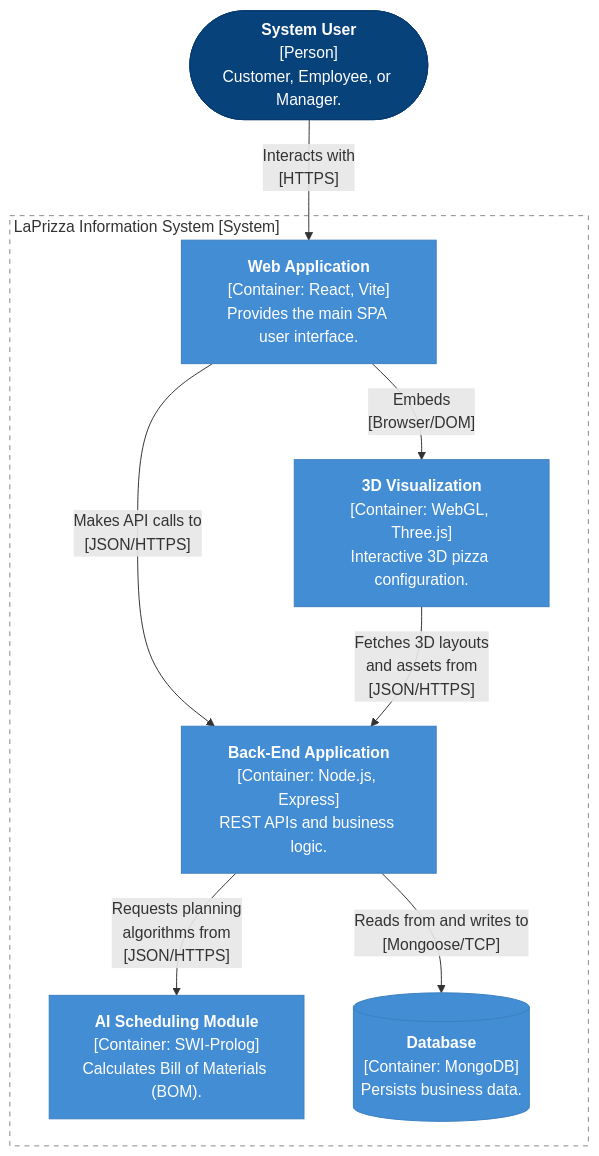
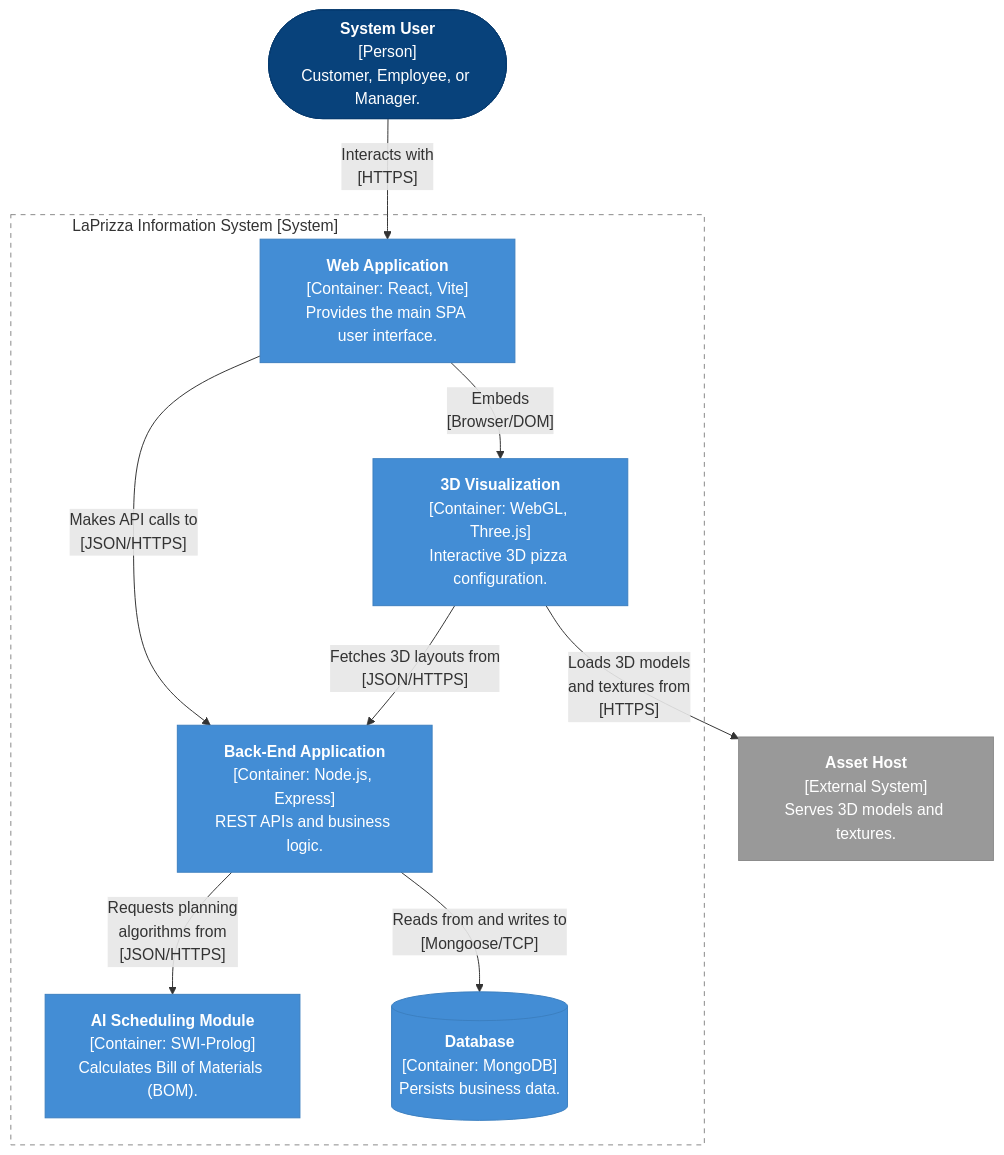
The second of 8 diagrams in docs/design/views.md (ivasduarte/laprizza), drawn with Mermaid before and after one commit. The commit also changed other lines of this file and 16 other files, not shown here.

````diff
--- a/docs/design/views.md
+++ b/docs/design/views.md
@@ -76,27 +81,32 @@
 ```mermaid
 flowchart TB
     user(["<b>System User</b><br/>[Person]<br/>Customer, Employee, or Manager."])
 
     subgraph laprizza["LaPrizza Information System [System]&nbsp;&nbsp;&nbsp;&nbsp;&nbsp;&nbsp;&nbsp;&nbsp;&nbsp;&nbsp;&nbsp;&nbsp;&nbsp;&nbsp;&nbsp;&nbsp;&nbsp;&nbsp;&nbsp;&nbsp;&nbsp;&nbsp;&nbsp;&nbsp;&nbsp;&nbsp;&nbsp;&nbsp;&nbsp;&nbsp;&nbsp;&nbsp;&nbsp;&nbsp;&nbsp;&nbsp;&nbsp;&nbsp;&nbsp;&nbsp;&nbsp;&nbsp;&nbsp;&nbsp;&nbsp;&nbsp;&nbsp;&nbsp;&nbsp;&nbsp;&nbsp;&nbsp;&nbsp;&nbsp;&nbsp;&nbsp;&nbsp;&nbsp;&nbsp;&nbsp;&nbsp;&nbsp;&nbsp;&nbsp;&nbsp;&nbsp;&nbsp;&nbsp;&nbsp;&nbsp;"]
         webApp["<b>Web Application</b><br/>[Container: React, Vite]<br/>Provides the main SPA user interface."]
         viz3d["<b>3D Visualization</b><br/>[Container: WebGL, Three.js]<br/>Interactive 3D pizza configuration."]
         backend["<b>Back-End Application</b><br/>[Container: Node.js, Express]<br/>REST APIs and business logic."]
         ai["<b>AI Scheduling Module</b><br/>[Container: SWI-Prolog]<br/>Calculates Bill of Materials (BOM)."]
         db[("<b>Database</b><br/>[Container: MongoDB]<br/>Persists business data.")]
     end
 
+    assets["<b>Asset Host</b><br/>[External System]<br/>Serves 3D models and textures."]
+
     user -->|"Interacts with<br/>[HTTPS]"| webApp
     webApp -->|"Embeds<br/>[Browser/DOM]"| viz3d
     webApp -->|"Makes API calls to<br/>[JSON/HTTPS]"| backend
-    viz3d -->|"Fetches 3D layouts<br/>and assets from<br/>[JSON/HTTPS]"| backend
+    viz3d -->|"Fetches 3D layouts from<br/>[JSON/HTTPS]"| backend
+    viz3d -->|"Loads 3D models<br/>and textures from<br/>[HTTPS]"| assets
     backend -->|"Requests planning<br/>algorithms from<br/>[JSON/HTTPS]"| ai
     backend -->|"Reads from and writes to<br/>[Mongoose/TCP]"| db
 
     classDef person fill:#08427b,stroke:#073b6f,color:#fff
     classDef container fill:#438dd5,stroke:#3c7fc0,color:#fff
     classDef component fill:#85bbf0,stroke:#5d9fd8,color:#000
+    classDef external fill:#999999,stroke:#8a8a8a,color:#fff
 
     class user person
     class webApp,viz3d,backend,ai,db container
+    class assets external
     style laprizza fill:none,stroke:#888,stroke-dasharray:5 5
 ```
````
